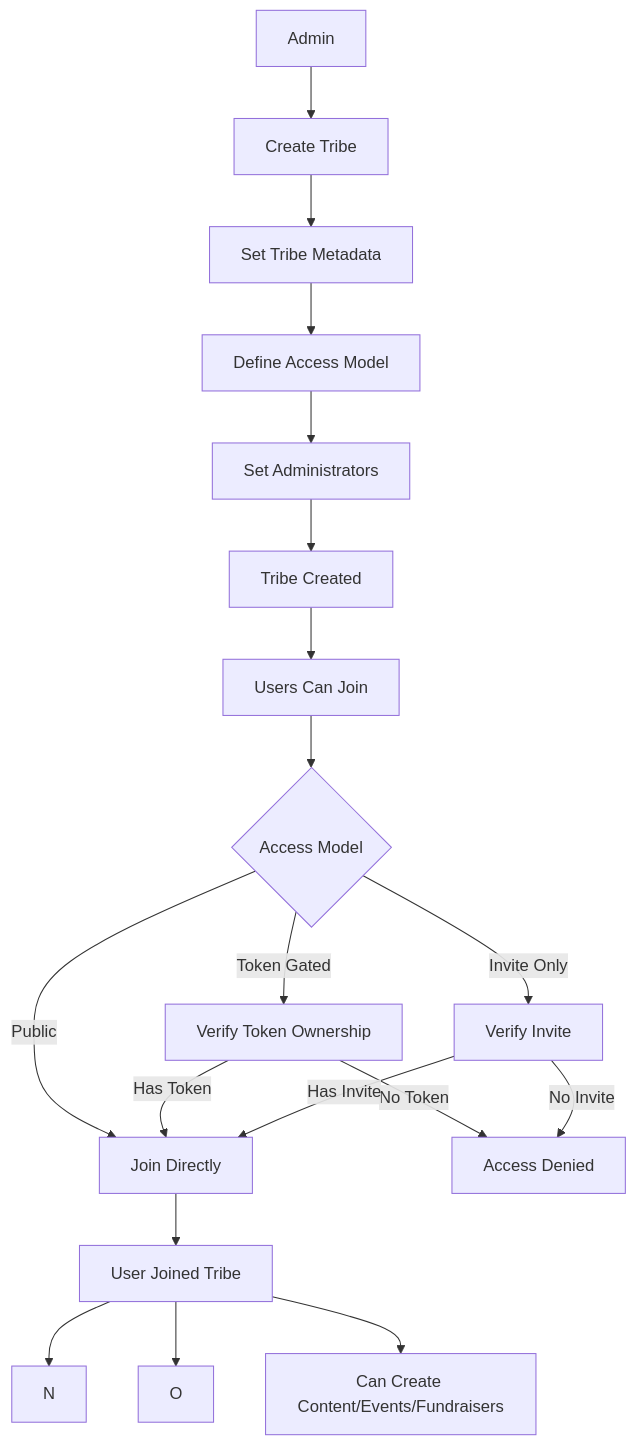
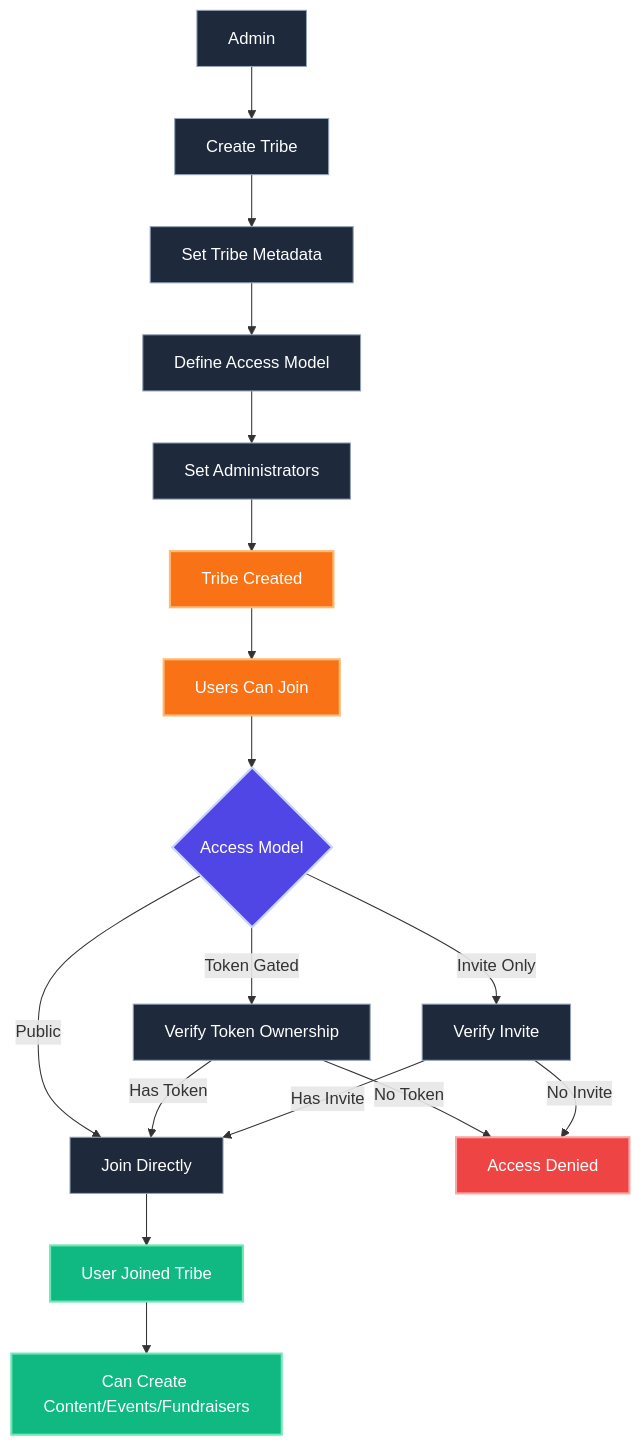
The fifth of 6 diagrams in docs/user-flows.md (Wasserstoff-Innovation/TribesByAstrix), drawn with Mermaid before and after one commit. The commit also changed other lines of this file and 1 other file, not shown here.

````diff
--- a/docs/user-flows.md
+++ b/docs/user-flows.md
@@ -187,24 +449,37 @@
 ```mermaid
 flowchart TD
-    A[Admin] --> B[Create Tribe]
-    B --> C[Set Tribe Metadata]
-    C --> D[Define Access Model]
-    D --> E[Set Administrators]
+    Admin[Admin] --> CreateTribe[Create Tribe]
+    CreateTribe --> SetMetadata[Set Tribe Metadata]
+    SetMetadata --> DefineAccess[Define Access Model]
+    DefineAccess --> SetAdmins[Set Administrators]
     
-    E --> F[Tribe Created]
-    F --> G[Users Can Join]
+    SetAdmins --> TribeCreated[Tribe Created]
+    TribeCreated --> EnableJoin[Users Can Join]
     
-    G --> H{Access Model}
-    H -->|Public| I[Join Directly]
-    H -->|Token Gated| J[Verify Token Ownership]
-    H -->|Invite Only| K[Verify Invite]
+    EnableJoin --> AccessModel{Access Model}
+    AccessModel -->|Public| JoinDirect[Join Directly]
+    AccessModel -->|Token Gated| VerifyToken[Verify Token Ownership]
+    AccessModel -->|Invite Only| VerifyInvite[Verify Invite]
     
-    J -->|Has Token| I
-    J -->|No Token| L[Access Denied]
+    VerifyToken -->|Has Token| JoinDirect
+    VerifyToken -->|No Token| AccessDenied[Access Denied]
     
-    K -->|Has Invite| I
-    K -->|No Invite| L
+    VerifyInvite -->|Has Invite| JoinDirect
+    VerifyInvite -->|No Invite| AccessDenied
     
-    I --> M[User Joined Tribe]
-    M --> N & O & P[Can Create Content/Events/Fundraisers]
+    JoinDirect --> UserJoined[User Joined Tribe]
+    UserJoined --> CanParticipate[Can Create Content/Events/Fundraisers]
+    
+    classDef primary fill:#4f46e5,stroke:#c7d2fe,stroke-width:2px,color:#ffffff;
+    classDef secondary fill:#1e293b,stroke:#94a3b8,stroke-width:1px,color:#ffffff;
+    classDef highlight fill:#f97316,stroke:#fdba74,stroke-width:2px,color:#ffffff;
+    classDef error fill:#ef4444,stroke:#fca5a5,stroke-width:2px,color:#ffffff;
+    classDef success fill:#10b981,stroke:#6ee7b7,stroke-width:2px,color:#ffffff;
+    
+    class Admin,CreateTribe,SetMetadata,DefineAccess,SetAdmins secondary;
+    class TribeCreated,EnableJoin highlight;
+    class AccessModel primary;
+    class JoinDirect,VerifyToken,VerifyInvite secondary;
+    class AccessDenied error;
+    class UserJoined,CanParticipate success;
 ```
````
